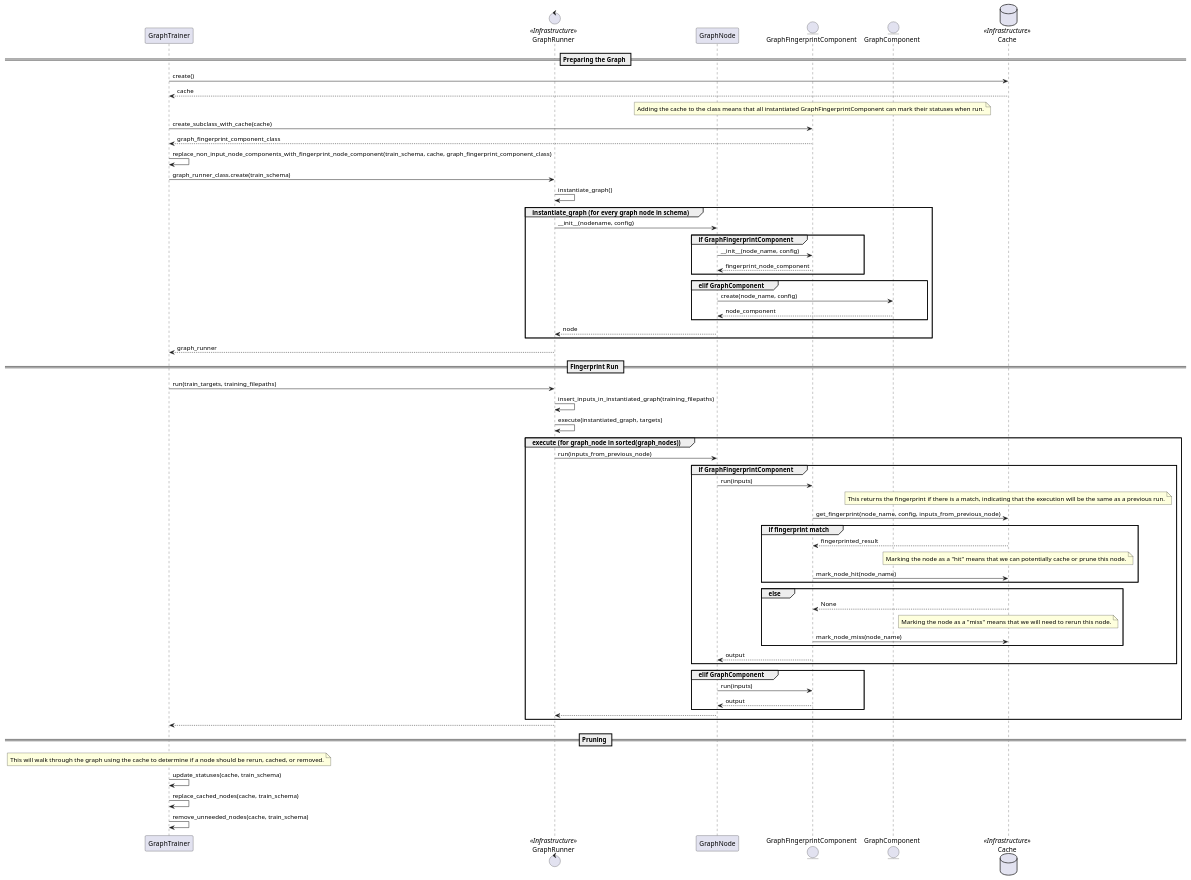
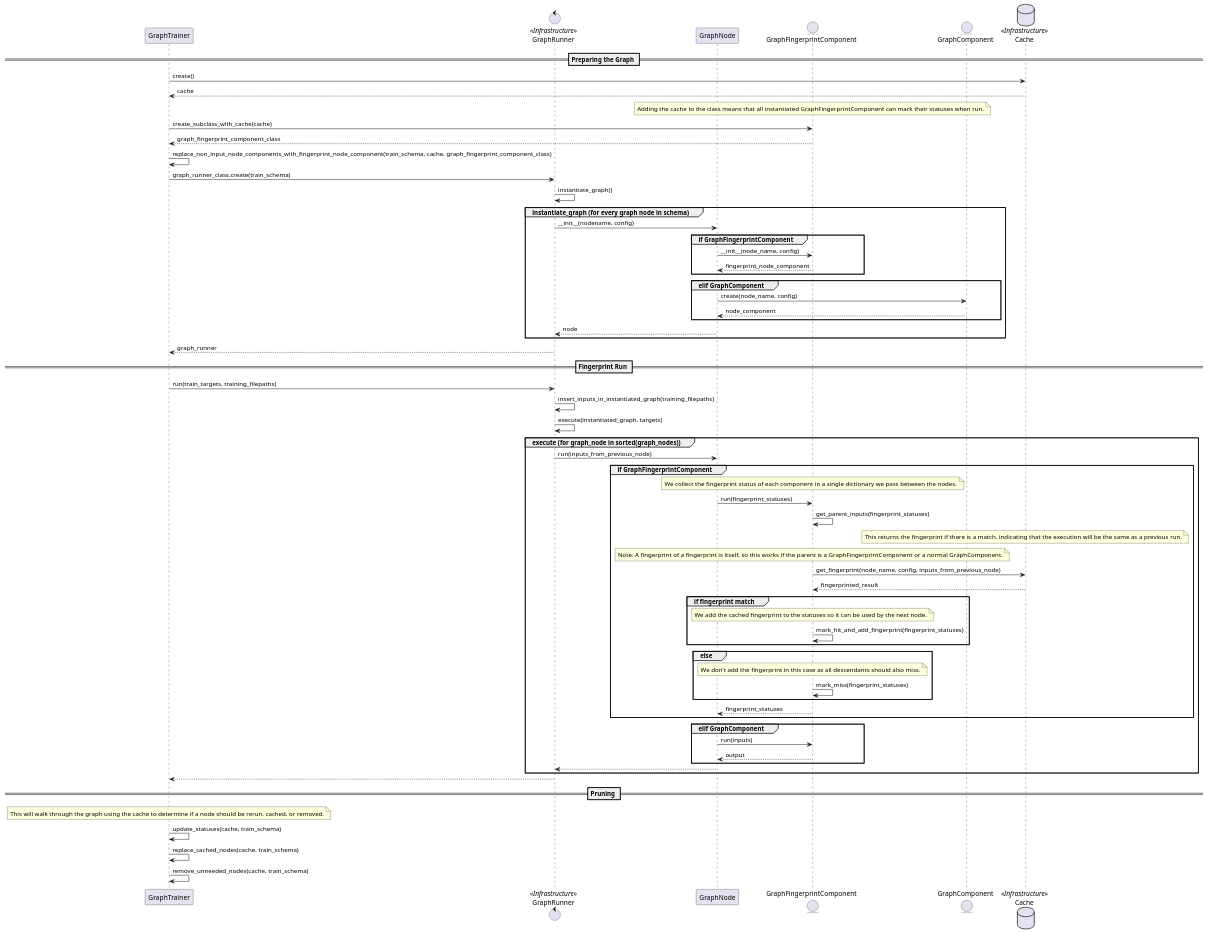
The diagram in fingerprint_and_prune.plantuml (RasaHQ/rasa), drawn with PlantUML before and after one commit. The commit also changed 4 other files, not shown here.

```diff
--- a/fingerprint_and_prune.plantuml
+++ b/fingerprint_and_prune.plantuml
@@ -2,94 +2,90 @@
 @startuml Fingerprint Run and Graph Pruning
 
 
-'TODO:
-'don't add to cache class, create object or dynamic subclass
-' create -> init
-' storage?
 
 participant GraphTrainer order 3
 
 control GraphRunner <<Infrastructure>> order 5
 participant GraphNode order 7
 entity GraphFingerprintComponent order 8
 entity GraphComponent order 9
 database Cache <<Infrastructure>> order 10
 
 == Preparing the Graph ==
 
 GraphTrainer -> Cache: create()
 GraphTrainer <-- Cache: cache
 note over GraphFingerprintComponent: Adding the cache to the class means that all instantiated GraphFingerprintComponent can mark their statuses when run.
 GraphTrainer -> GraphFingerprintComponent: create_subclass_with_cache(cache)
 GraphTrainer <-- GraphFingerprintComponent: graph_fingerprint_component_class
 
 GraphTrainer -> GraphTrainer: replace_non_input_node_components_with_fingerprint_node_component(train_schema, cache, graph_fingerprint_component_class)
 
 GraphTrainer -> GraphRunner: graph_runner_class.create(train_schema)
 
 GraphRunner -> GraphRunner: instantiate_graph()
 
 group instantiate_graph (for every graph node in schema)
 
     GraphRunner -> GraphNode: ~__init__(nodename, config)
 
     group if GraphFingerprintComponent
         GraphNode -> GraphFingerprintComponent: ~__init__(node_name, config)
         GraphNode <-- GraphFingerprintComponent: fingerprint_node_component
     end
     group elif GraphComponent
         GraphNode -> GraphComponent: create(node_name, config)
         GraphNode <-- GraphComponent: node_component
     end
     GraphRunner <-- GraphNode: node
 end
 
 
 GraphTrainer <-- GraphRunner: graph_runner
 
 == Fingerprint Run ==
 
 GraphTrainer -> GraphRunner: run(train_targets, training_filepaths)
 
 GraphRunner -> GraphRunner: insert_inputs_in_instantiated_graph(training_filepaths)
 
 GraphRunner -> GraphRunner: execute(instantiated_graph, targets)
 
 group execute (for graph_node in sorted(graph_nodes))
     GraphRunner -> GraphNode: run(inputs_from_previous_node)
 
-    'TODO: edge nodes are still GraphComponent
     group if GraphFingerprintComponent
-        GraphNode -> GraphFingerprintComponent: run(inputs)
-        'TODO: cache using component_name not node_name
+        note over GraphFingerprintComponent: We collect the fingerprint status of each component in a single dictionary we pass between the nodes.
+        GraphNode -> GraphFingerprintComponent: run(fingerprint_statuses)
+        GraphFingerprintComponent -> GraphFingerprintComponent: get_parent_inputs(fingerprint_statuses)
         note over Cache: This returns the fingerprint if there is a match, indicating that the execution will be the same as a previous run.
+        note over GraphFingerprintComponent: Note: A fingerprint of a fingerprint is itself, so this works if the parent is a GraphFingerprintComponent or a normal GraphComponent.
         GraphFingerprintComponent -> Cache: get_fingerprint(node_name, config, inputs_from_previous_node)
+        GraphFingerprintComponent <-- Cache: fingerprinted_result
         group if fingerprint match
-            GraphFingerprintComponent <-- Cache: fingerprinted_result
-            note over Cache: Marking the node as a "hit" means that we can potentially cache or prune this node.
-            GraphFingerprintComponent -> Cache: mark_node_hit(node_name)
+            note over GraphFingerprintComponent: We add the cached fingerprint to the statuses so it can be used by the next node.
+            GraphFingerprintComponent -> GraphFingerprintComponent: mark_hit_and_add_fingerprint(fingerprint_statuses)
         end
         group else
-            GraphFingerprintComponent <-- Cache: None
-            note over Cache: Marking the node as a "miss" means that we will need to rerun this node.
-            GraphFingerprintComponent -> Cache: mark_node_miss(node_name)
+            note over GraphFingerprintComponent: We don't add the fingerprint in this case as all descendants should also miss.
+            GraphFingerprintComponent -> GraphFingerprintComponent: mark_miss(fingerprint_statuses)
         end
-        GraphNode <-- GraphFingerprintComponent: output
+        GraphNode <-- GraphFingerprintComponent: fingerprint_statuses
     end
     group elif GraphComponent
         GraphNode -> GraphFingerprintComponent: run(inputs)
         GraphNode <-- GraphFingerprintComponent: output
     end
     GraphRunner <-- GraphNode
 end
 
 GraphTrainer <-- GraphRunner
 
 == Pruning ==
 
 note over GraphTrainer: This will walk through the graph using the cache to determine if a node should be rerun, cached, or removed.
 GraphTrainer -> GraphTrainer: update_statuses(cache, train_schema)
 GraphTrainer -> GraphTrainer: replace_cached_nodes(cache, train_schema)
 GraphTrainer -> GraphTrainer: remove_unneeded_nodes(cache, train_schema)
 
 @enduml
```
